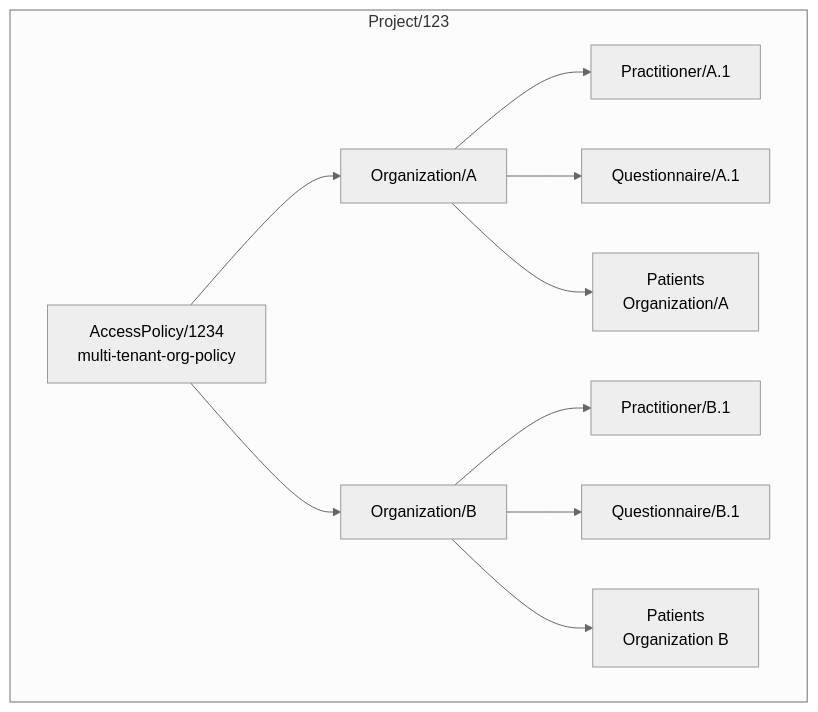
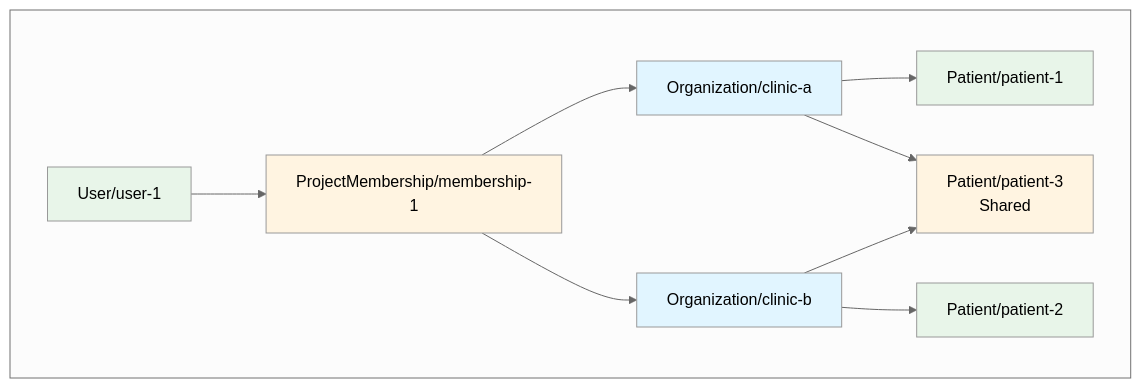
Before and after one commit to codyebberson/medplum-hugo-docs: the second of 4 diagrams in content/docs/access/multi-tenant-access-policy.md, drawn with Mermaid. The commit also changed other lines of this file and 72 other files, not shown here.

````diff
--- a/content/docs/access/multi-tenant-access-policy.md
+++ b/content/docs/access/multi-tenant-access-policy.md
@@ -23,29 +124,28 @@
 ```mermaid
 %%{init: {'theme': 'neutral' }}%%
 graph TB
-   
-    subgraph Project/123
-        AP[AccessPolicy/1234<br>multi-tenant-org-policy]
-
-        OrgA[Organization/A]
-        PracA[Practitioner/A.1]
-        QA[Questionnaire/A.1]
-        PatA[Patients<br>Organization/A]
-
-        OrgB[Organization/B]
-        PracB[Practitioner/B.1]
-        QB[Questionnaire/B.1]
-        PatB[Patients<br>Organization B]
+    subgraph OrgSection[" "]
+        UserOrg[User/user-1]
+        PMOrg[ProjectMembership/membership-1]
+        Org1[Organization/clinic-a]
+        Org2[Organization/clinic-b]
+        PatOrg1[Patient/patient-1]
+        PatOrg2[Patient/patient-2]
+        PatOrgShared[Patient/patient-3<br/>Shared]
+        UserOrg --> PMOrg
+        PMOrg --> Org1
+        PMOrg --> Org2
+        Org1 --> PatOrg1
+        Org1 --> PatOrgShared
+        Org2 --> PatOrg2
+        Org2 --> PatOrgShared
     end
-    AP --> OrgA
-    AP --> OrgB
     
-    OrgA --> PracA
-    OrgA --> QA
-    OrgA --> PatA
-
-    OrgB --> PracB
-    OrgB --> QB
-    OrgB --> PatB
-
+    style UserOrg fill:#e8f5e9
+    style PMOrg fill:#fff4e1
+    style Org1 fill:#e1f5ff
+    style Org2 fill:#e1f5ff
+    style PatOrg1 fill:#e8f5e9
+    style PatOrg2 fill:#e8f5e9
+    style PatOrgShared fill:#fff4e1
 ```
````
